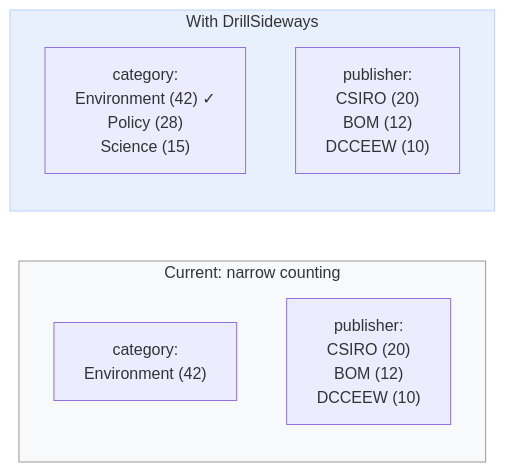
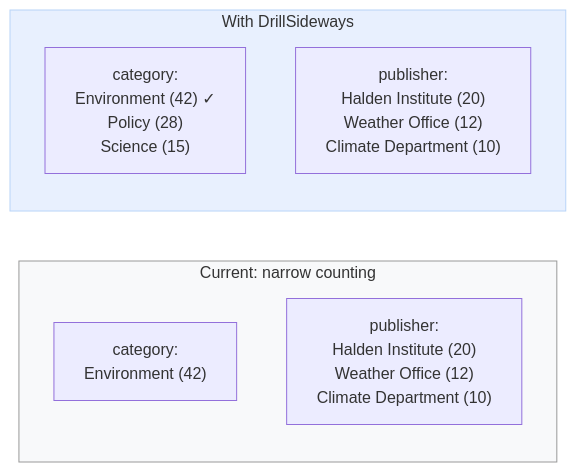
The eighth of 12 diagrams in docs/08-use-cases.md (Kurrawong/jena), drawn with Mermaid before and after one commit. The commit also changed other lines of this file and 40 other files, not shown here.

````diff
--- a/docs/08-use-cases.md
+++ b/docs/08-use-cases.md
@@ -378,15 +378,15 @@
 ```mermaid
 flowchart LR
     subgraph current["Current: narrow counting"]
         F1c["category:<br/>Environment (42)"]
-        F1p["publisher:<br/>CSIRO (20)<br/>BOM (12)<br/>DCCEEW (10)"]
+        F1p["publisher:<br/>Halden Institute (20)<br/>Weather Office (12)<br/>Climate Department (10)"]
     end
 
     subgraph drill["With DrillSideways"]
         F2c["category:<br/>Environment (42) ✓<br/>Policy (28)<br/>Science (15)"]
-        F2p["publisher:<br/>CSIRO (20)<br/>BOM (12)<br/>DCCEEW (10)"]
+        F2p["publisher:<br/>Halden Institute (20)<br/>Weather Office (12)<br/>Climate Department (10)"]
     end
 
     style current fill:#f8f9fa,stroke:#999,color:#333
     style drill fill:#e8f0fe,stroke:#b8d4f8,color:#333
 ```
````
